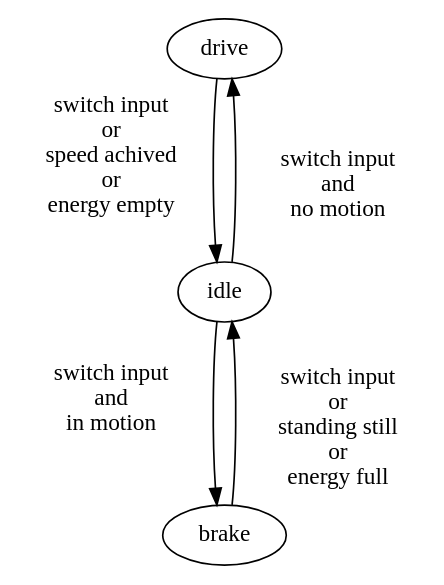
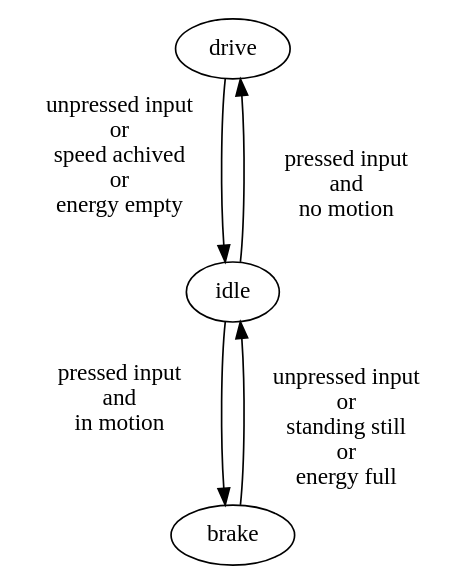
One commit to Solaire-42/kers changed the diagram in Software/state_diagram.dot. Above: the diagram before and after it, drawn with Graphviz. The commit also changed 1 other file, not shown here.

Commit message:
Update state diagram in team

```diff
--- a/Software/state_diagram.dot
+++ b/Software/state_diagram.dot
@@ -1,14 +1,14 @@
 digraph G {
     drive -> idle [ minlen=3, 
-                    headlabel="switch input \n or \n speed achived \n or \n energy empty", 
+                    headlabel="unpressed input \n or \n speed achived \n or \n energy empty", 
                     labeldistance=9 labelangle=40];
     idle -> drive [ minlen=3, 
-                    headlabel="switch input \n and \n no motion", 
+                    headlabel="pressed input \n and \n no motion", 
                     labeldistance=9, labelangle=40];
     idle -> brake [ minlen=3, 
-                    headlabel="switch input \n and \n in motion", 
+                    headlabel="pressed input \n and \n in motion", 
                     labeldistance=9, labelangle=40];
     brake -> idle [ minlen=3, 
-                    headlabel="switch input \n or \n standing still \n or \n energy full", 
+                    headlabel="unpressed input \n or \n standing still \n or \n energy full", 
                     labeldistance=9 labelangle=40];
 }
```
